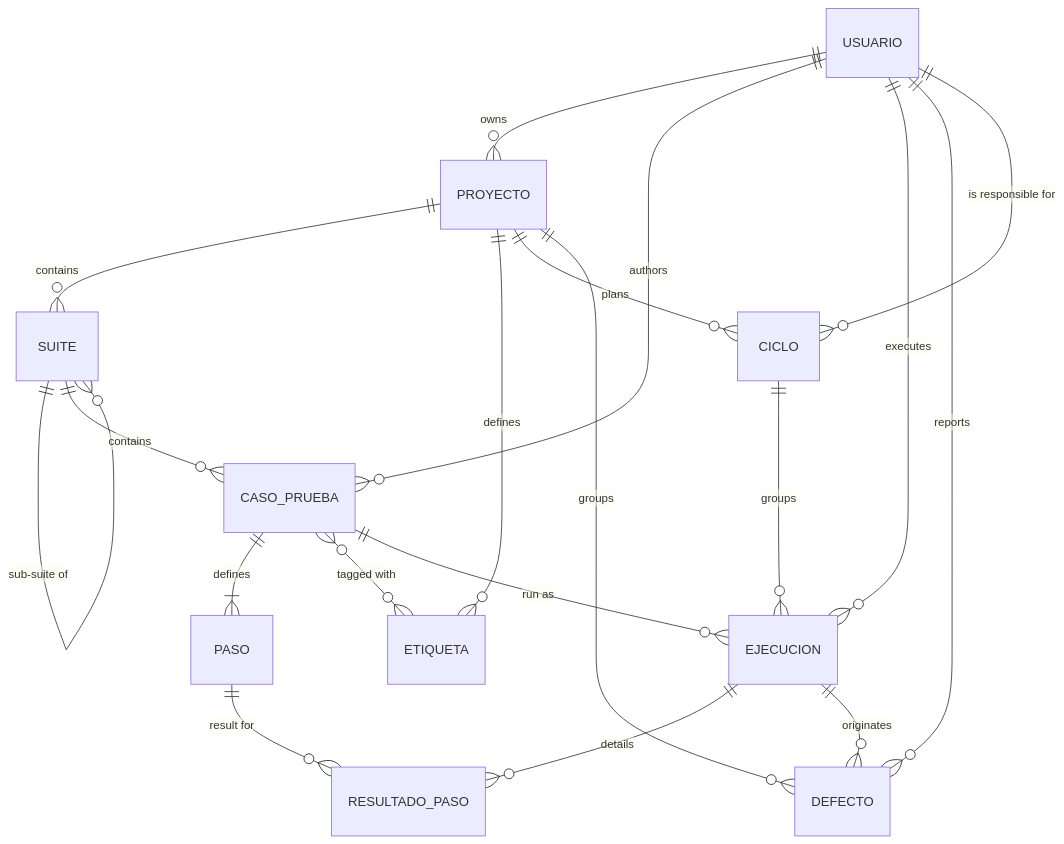
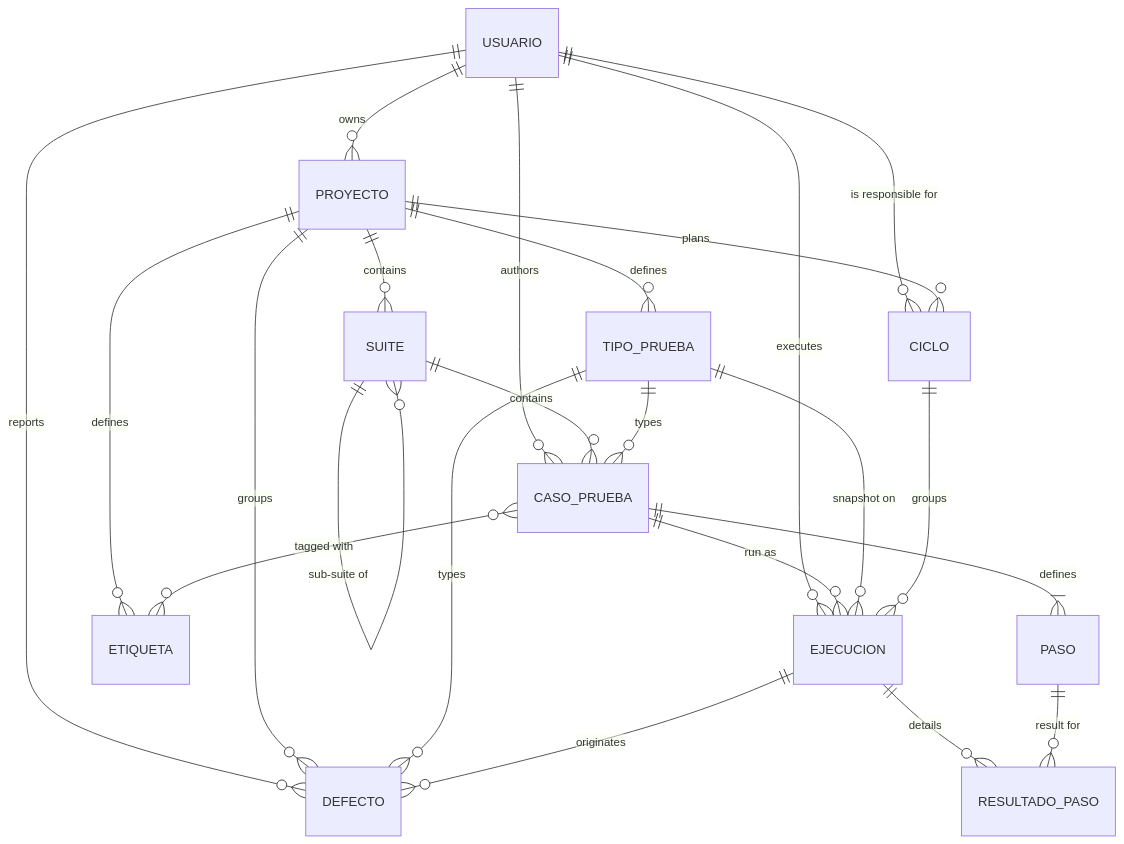
The first of 5 diagrams in docs/DATA_MODEL.md (Delafu7/QA-TestManagement-Tool), drawn with Mermaid before and after one commit. The commit also changed other lines of this file and 39 other files, not shown here.

````diff
--- a/docs/DATA_MODEL.md
+++ b/docs/DATA_MODEL.md
@@ -140,26 +159,30 @@
 ```mermaid
 erDiagram
     USUARIO ||--o{ PROYECTO : owns
     USUARIO ||--o{ CASO_PRUEBA : authors
     USUARIO ||--o{ EJECUCION : executes
     USUARIO ||--o{ DEFECTO : reports
     USUARIO ||--o{ CICLO : "is responsible for"
 
     PROYECTO ||--o{ SUITE : contains
     PROYECTO ||--o{ ETIQUETA : defines
     PROYECTO ||--o{ CICLO : plans
     PROYECTO ||--o{ DEFECTO : groups
+    PROYECTO ||--o{ TIPO_PRUEBA : defines
 
     SUITE ||--o{ SUITE : "sub-suite of"
     SUITE ||--o{ CASO_PRUEBA : contains
 
     CASO_PRUEBA ||--|{ PASO : defines
     CASO_PRUEBA }o--o{ ETIQUETA : "tagged with"
     CASO_PRUEBA ||--o{ EJECUCION : "run as"
+    TIPO_PRUEBA ||--o{ CASO_PRUEBA : types
+    TIPO_PRUEBA ||--o{ EJECUCION : "snapshot on"
+    TIPO_PRUEBA ||--o{ DEFECTO : types
 
     CICLO ||--o{ EJECUCION : groups
 
     EJECUCION ||--o{ RESULTADO_PASO : details
     EJECUCION ||--o{ DEFECTO : originates
     PASO ||--o{ RESULTADO_PASO : "result for"
 ```
````
